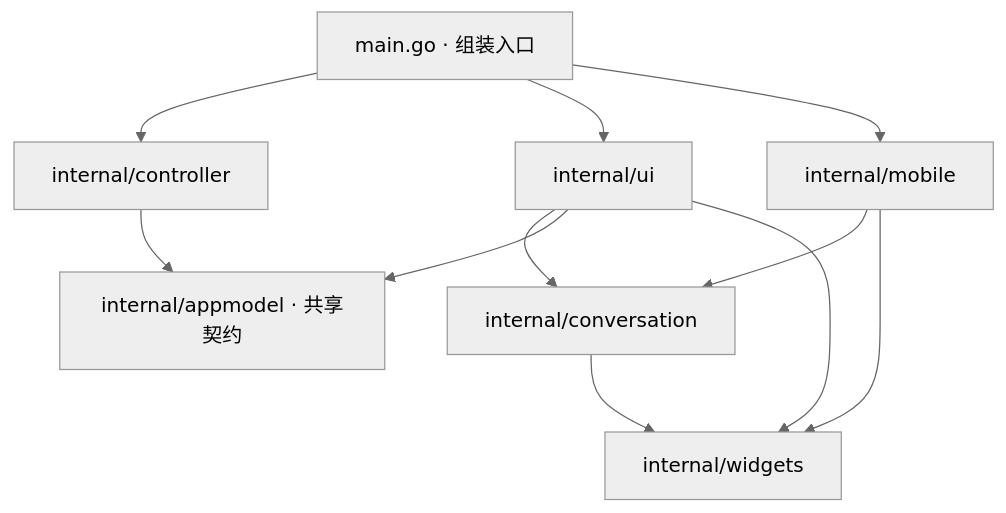
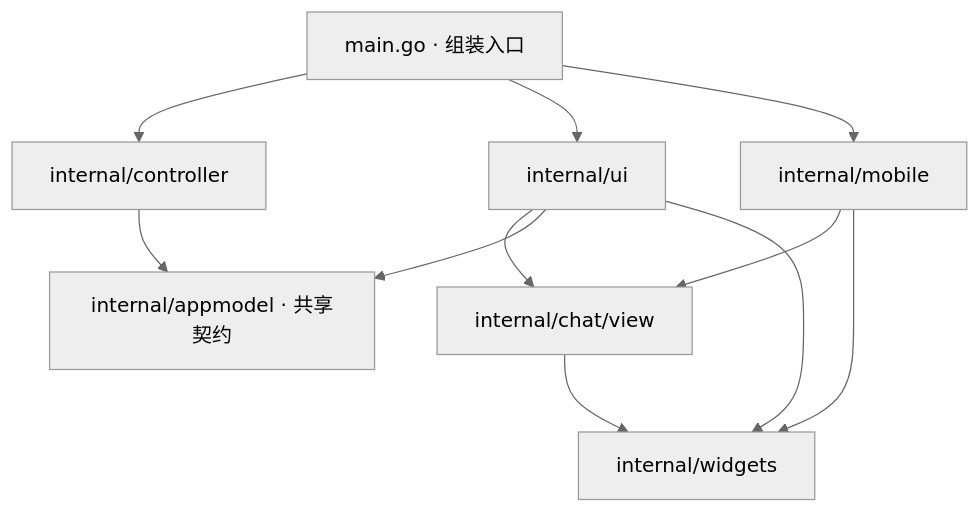
Before and after one commit to daodao97/miya: the diagram in docs/ui-boundaries.md, drawn with Mermaid (neutral theme). The commit also changed other lines of this file and 379 other files, not shown here.

````diff
--- a/docs/ui-boundaries.md
+++ b/docs/ui-boundaries.md
@@ -5,13 +5,13 @@
 ```mermaid
 flowchart TD
     main[main.go · 组装入口] --> controller[internal/controller]
     main --> desktop[internal/ui]
     main --> mobile[internal/mobile]
-    desktop --> conversation[internal/conversation]
+    desktop --> conversation[internal/chat/view]
     mobile --> conversation
     desktop --> contracts[internal/appmodel · 共享契约]
     controller --> contracts
     conversation --> widgets[internal/widgets]
     mobile --> widgets
     desktop --> widgets
 ```
````
